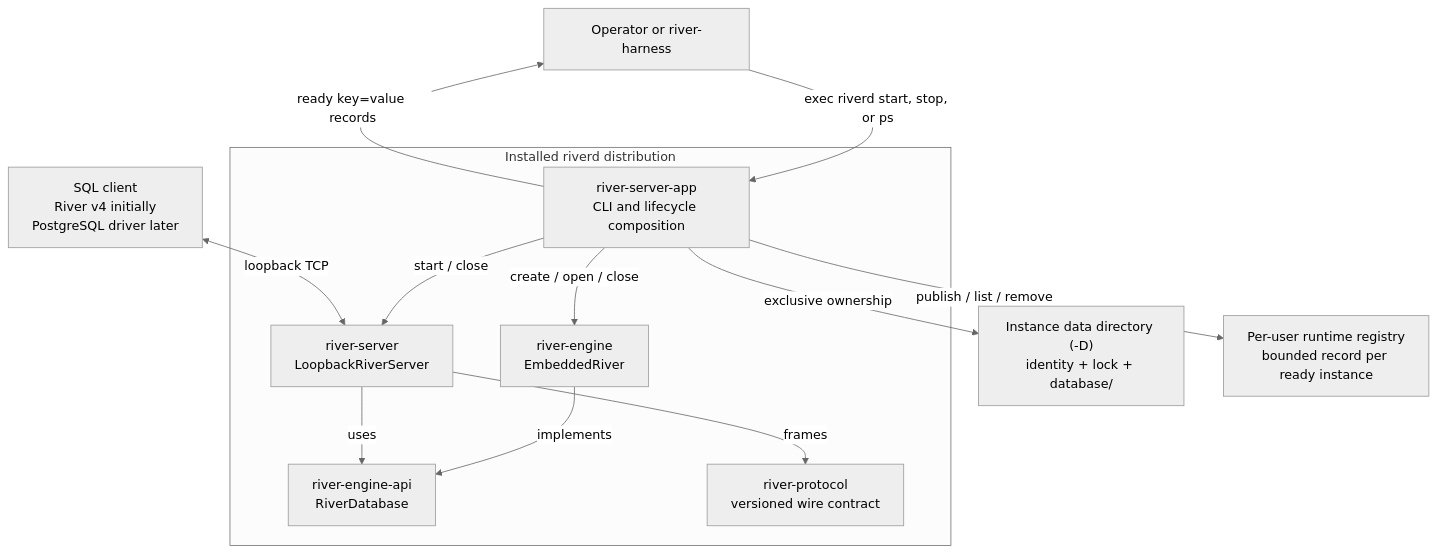
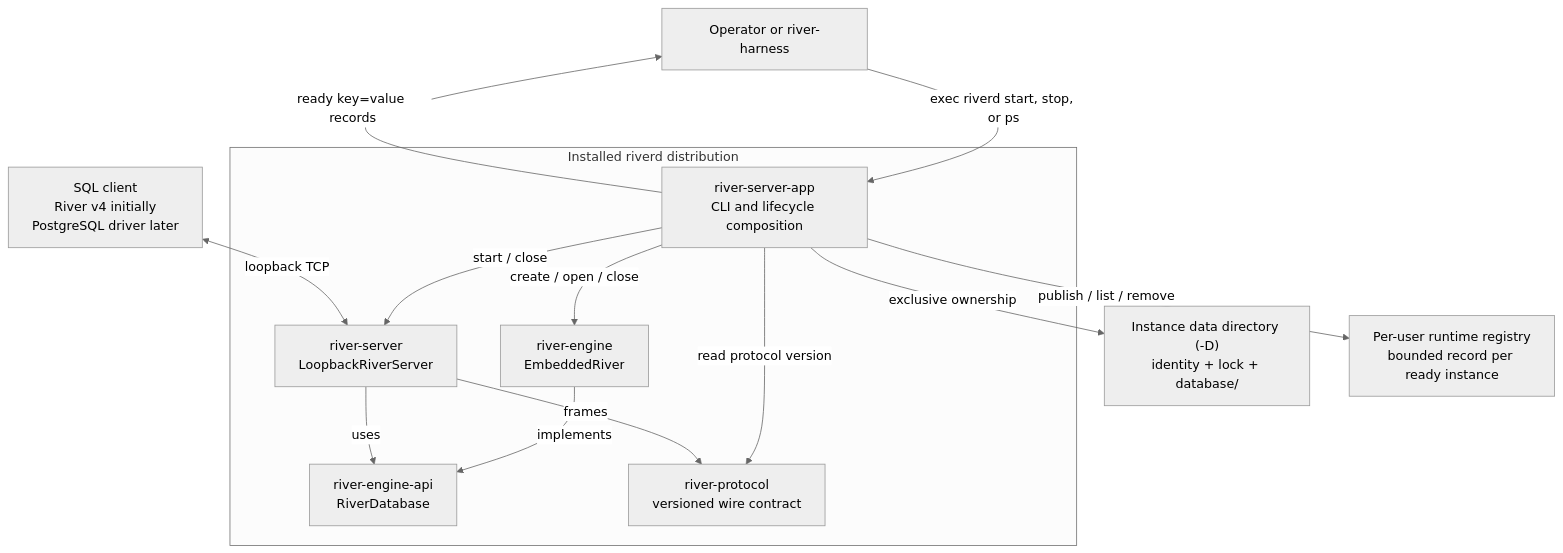
Before and after one commit to blater/river: the first of 2 diagrams in docs/plans/riverd-standalone-server-plan.md, drawn with Mermaid (neutral theme). The commit also changed other lines of this file and 12 other files, not shown here.

````diff
--- a/docs/plans/riverd-standalone-server-plan.md
+++ b/docs/plans/riverd-standalone-server-plan.md
@@ -54,28 +68,29 @@
 ```mermaid
 flowchart TD
   caller["Operator or river-harness"]
   client["SQL client<br/>River v4 initially<br/>PostgreSQL driver later"]
 
   subgraph distribution["Installed riverd distribution"]
     app["river-server-app<br/>CLI and lifecycle composition"]
     engine["river-engine<br/>EmbeddedRiver"]
     server["river-server<br/>LoopbackRiverServer"]
     api["river-engine-api<br/>RiverDatabase"]
     protocol["river-protocol<br/>versioned wire contract"]
 
     app -->|"create / open / close"| engine
     app -->|"start / close"| server
+    app -->|"read protocol version"| protocol
     engine -->|"implements"| api
     server -->|"uses"| api
     server -->|"frames"| protocol
   end
 
   home["Instance data directory (-D)<br/>identity + lock + database/"]
   registry["Per-user runtime registry<br/>bounded record per ready instance"]
 
   caller -->|"exec riverd start, stop, or ps"| app
   app -->|"exclusive ownership"| home
   app -->|"publish / list / remove"| registry
   app -->|"ready key=value records"| caller
   client <-->|"loopback TCP"| server
 ```
````
